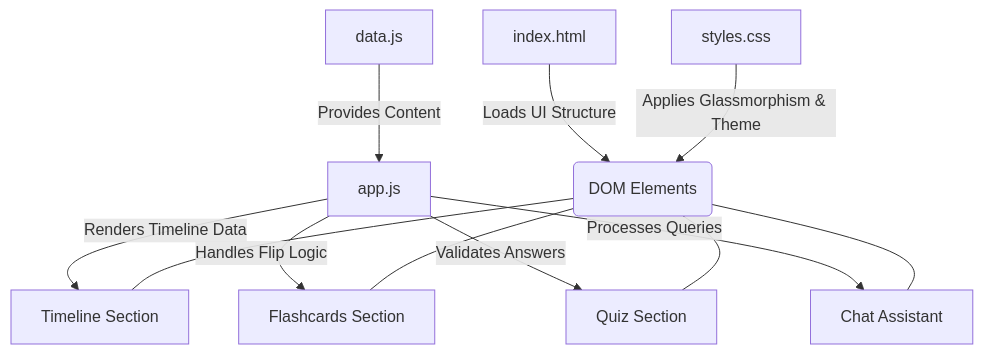
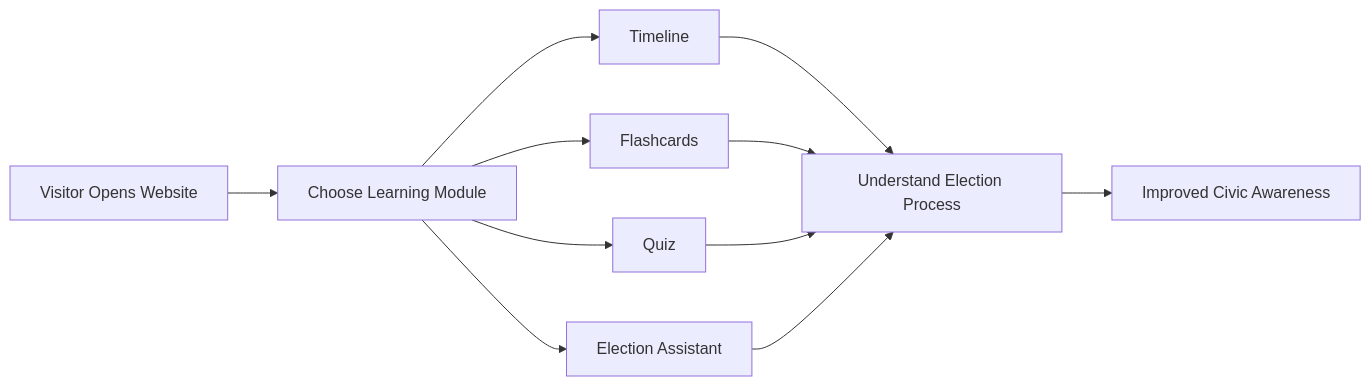
Before and after one commit to tanush326k/Election-Guide: the third of 3 diagrams in README.md, drawn with Mermaid. The commit also changed other lines of this file, not shown here.

First line of the commit message:
Revise README for Election Guide project

````diff
--- a/README.md
+++ b/README.md
@@ -45,18 +122,25 @@
 ```mermaid
-graph TD
-    A[index.html] -->|Loads UI Structure| B(DOM Elements)
-    
-    C[styles.css] -->|Applies Glassmorphism & Theme| B
-    
-    D[data.js] -->|Provides Content| E[app.js]
-    
-    E -->|Renders Timeline Data| F[Timeline Section]
-    E -->|Handles Flip Logic| G[Flashcards Section]
-    E -->|Validates Answers| H[Quiz Section]
-    E -->|Processes Queries| I[Chat Assistant]
-    
-    B --- F
-    B --- G
-    B --- H
-    B --- I
+flowchart LR
+
+A[Visitor Opens Website]
+
+--> B[Choose Learning Module]
+
+B --> C[Timeline]
+
+B --> D[Flashcards]
+
+B --> E[Quiz]
+
+B --> F[Election Assistant]
+
+C --> G[Understand Election Process]
+
+D --> G
+
+E --> G
+
+F --> G
+
+G --> H[Improved Civic Awareness]
 ```
````
